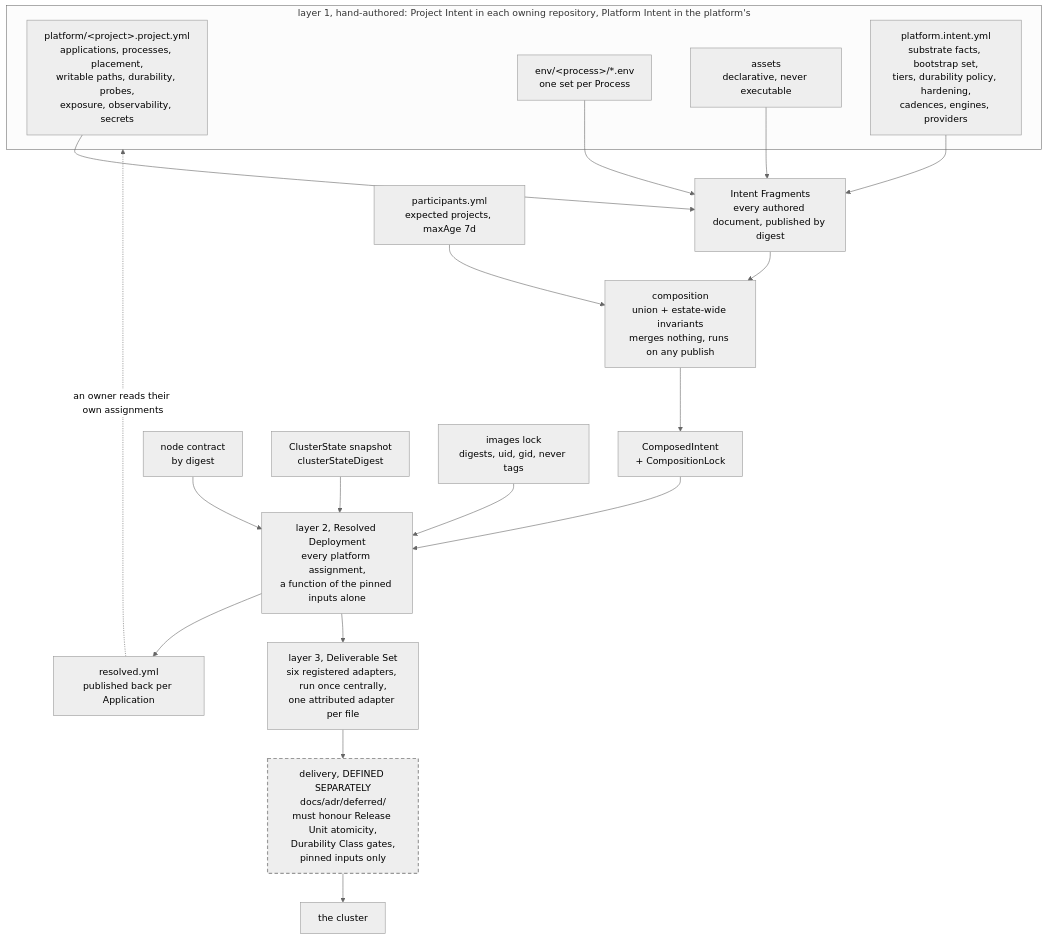
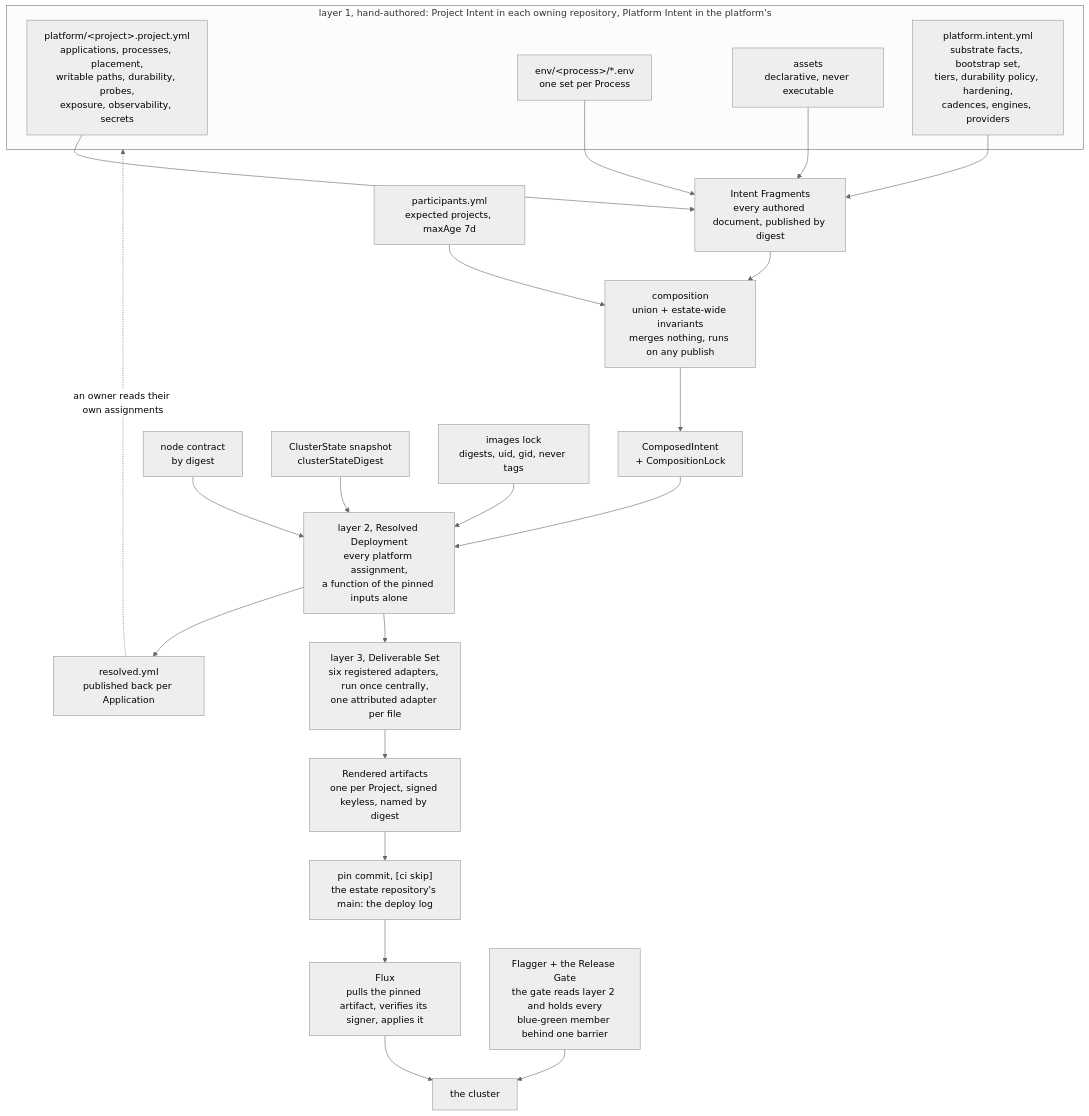
The diagram in spec/v1/00-overview.md (JorisJonkers-dev/deploy-kit), drawn with Mermaid (neutral theme) before and after one commit. The commit also changed other lines of this file and 9 other files, not shown here.

First line of the commit message:
docs: redraw the delivery diagrams (#174)

````diff
--- a/spec/v1/00-overview.md
+++ b/spec/v1/00-overview.md
@@ -444,34 +443,34 @@
 ```mermaid
 flowchart TB
     subgraph AUTH["layer 1, hand-authored: Project Intent in each owning repository, Platform Intent in the platform's"]
         a1["platform/&lt;project&gt;.project.yml<br/>applications, processes, placement,<br/>writable paths, durability, probes,<br/>exposure, observability, secrets"]
         a2["env/&lt;process&gt;/*.env<br/>one set per Process"]
         a3["assets<br/>declarative, never executable"]
         a5["platform.intent.yml<br/>substrate facts, bootstrap set,<br/>tiers, durability policy, hardening,<br/>cadences, engines, providers"]
     end
 
     a1 --> FR["Intent Fragments<br/>every authored document, published by digest"]
     a2 --> FR
     a3 --> FR
     a5 --> FR
 
     FR --> CO["composition<br/>union + estate-wide invariants<br/>merges nothing, runs on any publish"]
     PAR["participants.yml<br/>expected projects, maxAge 7d"] --> CO
     CO --> CI["ComposedIntent<br/>+ CompositionLock"]
 
     CI --> RES["layer 2, Resolved Deployment<br/>every platform assignment,<br/>a function of the pinned inputs alone"]
     NC["node contract<br/>by digest"] --> RES
     CS["ClusterState snapshot<br/>clusterStateDigest"] --> RES
     IL["images lock<br/>digests, uid, gid, never tags"] --> RES
 
     RES --> RS["resolved.yml<br/>published back per Application"]
     RES --> DS["layer 3, Deliverable Set<br/>six registered adapters, run once centrally,<br/>one attributed adapter per file"]
 
-    DS --> DEL["delivery, DEFINED SEPARATELY<br/>docs/adr/deferred/<br/>must honour Release Unit atomicity,<br/>Durability Class gates,<br/>pinned inputs only"]
-    DEL --> K["the cluster"]
+    DS --> RA["Rendered artifacts<br/>one per Project, signed keyless, named by digest"]
+    RA --> PIN["pin commit, [ci skip]<br/>the estate repository's main: the deploy log"]
+    PIN --> FX["Flux<br/>pulls the pinned artifact, verifies its signer, applies it"]
+    FX --> K["the cluster"]
+    FG["Flagger + the Release Gate<br/>the gate reads layer 2 and holds every<br/>blue-green member behind one barrier"] --> K
 
     RS -.->|"an owner reads their own assignments"| AUTH
-
-    classDef separate stroke-width:2px,stroke-dasharray:6 4;
-    class DEL separate;
 ```
````
